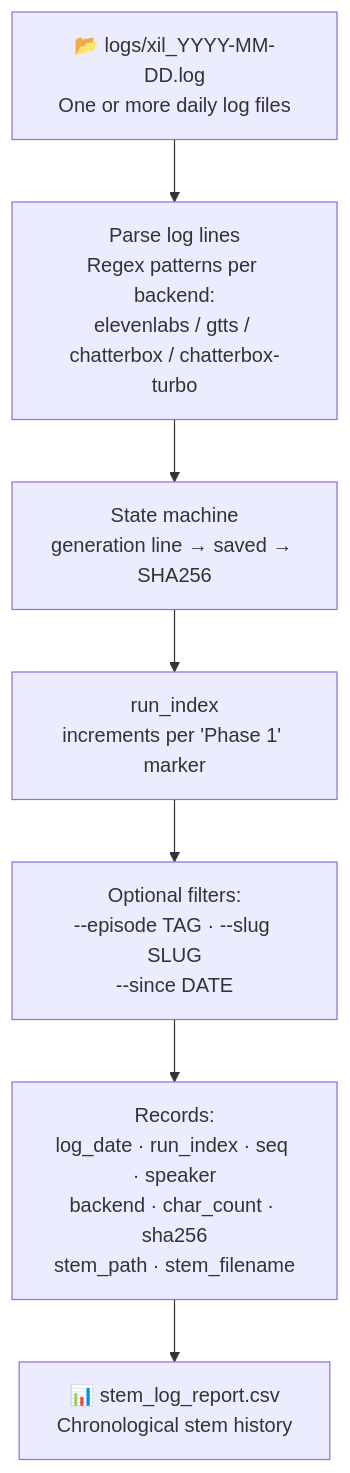
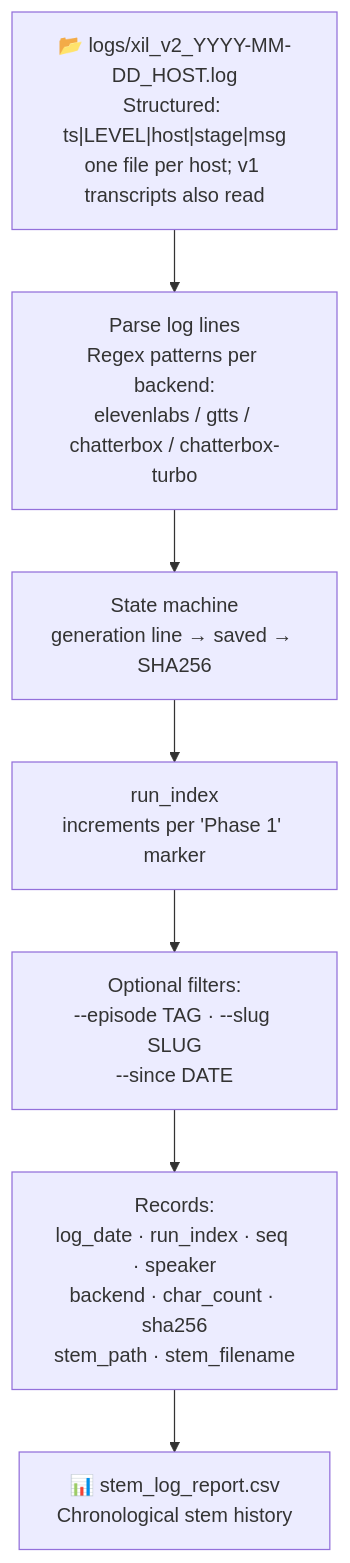
One commit to xilcmd/xil-pipeline changed diagram 16 of 33 in docs/pipeline.md. Above: the diagram before and after it, drawn with Mermaid. The commit also changed 8 other files, not shown here.

First line of the commit message:
feat(logging): structured v2 log file with per-run block headers (#47)

````diff
--- a/docs/pipeline.md
+++ b/docs/pipeline.md
@@ -1123,23 +1123,24 @@
 ```mermaid
 flowchart TD
-    LOGS["`📂 logs/xil_YYYY-MM-DD.log
-    One or more daily log files`"]
+    LOGS["`📂 logs/xil_v2_YYYY-MM-DD_HOST.log
+    Structured: ts|LEVEL|host|stage|msg
+    one file per host; v1 transcripts also read`"]
     PARSE["`Parse log lines
     Regex patterns per backend:
     elevenlabs / gtts / chatterbox / chatterbox-turbo`"]
     STATE["`State machine
     generation line → saved → SHA256`"]
     RUNIDX["`run_index
     increments per 'Phase 1' marker`"]
     FILTER["`Optional filters:
     --episode TAG · --slug SLUG
     --since DATE`"]
     RECORDS["`Records:
     log_date · run_index · seq · speaker
     backend · char_count · sha256
     stem_path · stem_filename`"]
     CSV["`📊 stem_log_report.csv
     Chronological stem history`"]
 
     LOGS --> PARSE --> STATE --> RUNIDX --> FILTER --> RECORDS --> CSV
 ```
````
